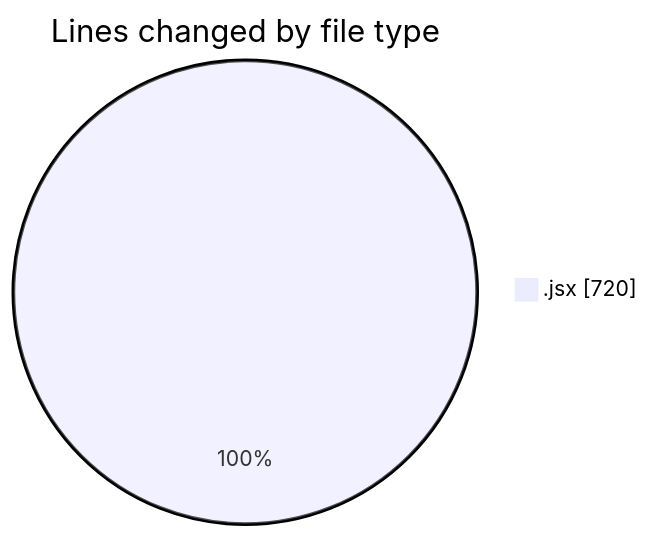
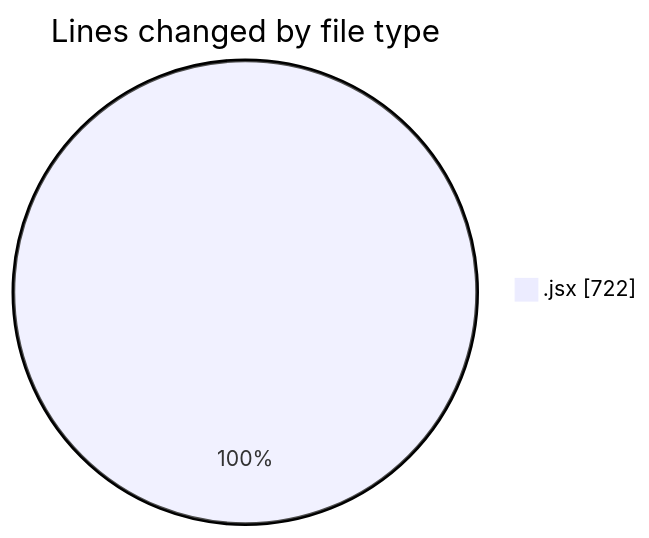
One commit to Elitesun/code-tracking changed the first of 2 diagrams in 2025-02-24/elitesgpt/README.md. Above: the diagram before and after it, drawn with Mermaid. The commit also changed other lines of this file and 1 other file, not shown here.

````diff
--- a/2025-02-24/elitesgpt/README.md
+++ b/2025-02-24/elitesgpt/README.md
@@ -22,5 +22,5 @@
 ```mermaid
 pie showData
 title Lines changed by file type
-".jsx" : 720
+".jsx" : 722
 ```
````
